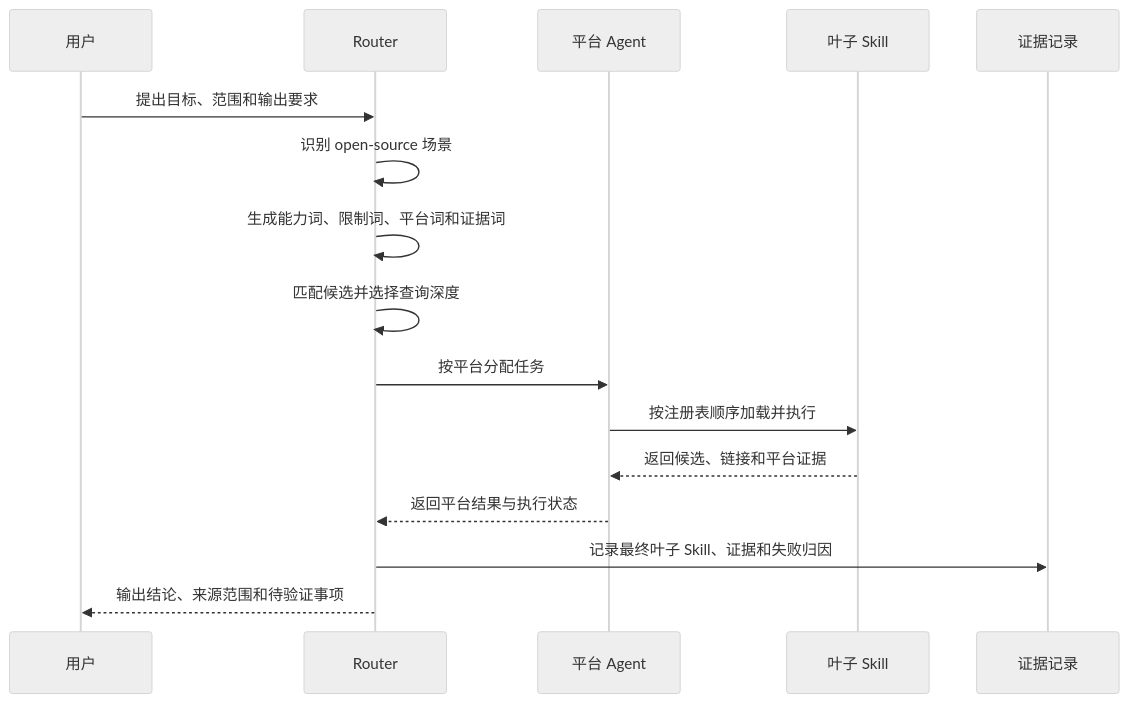
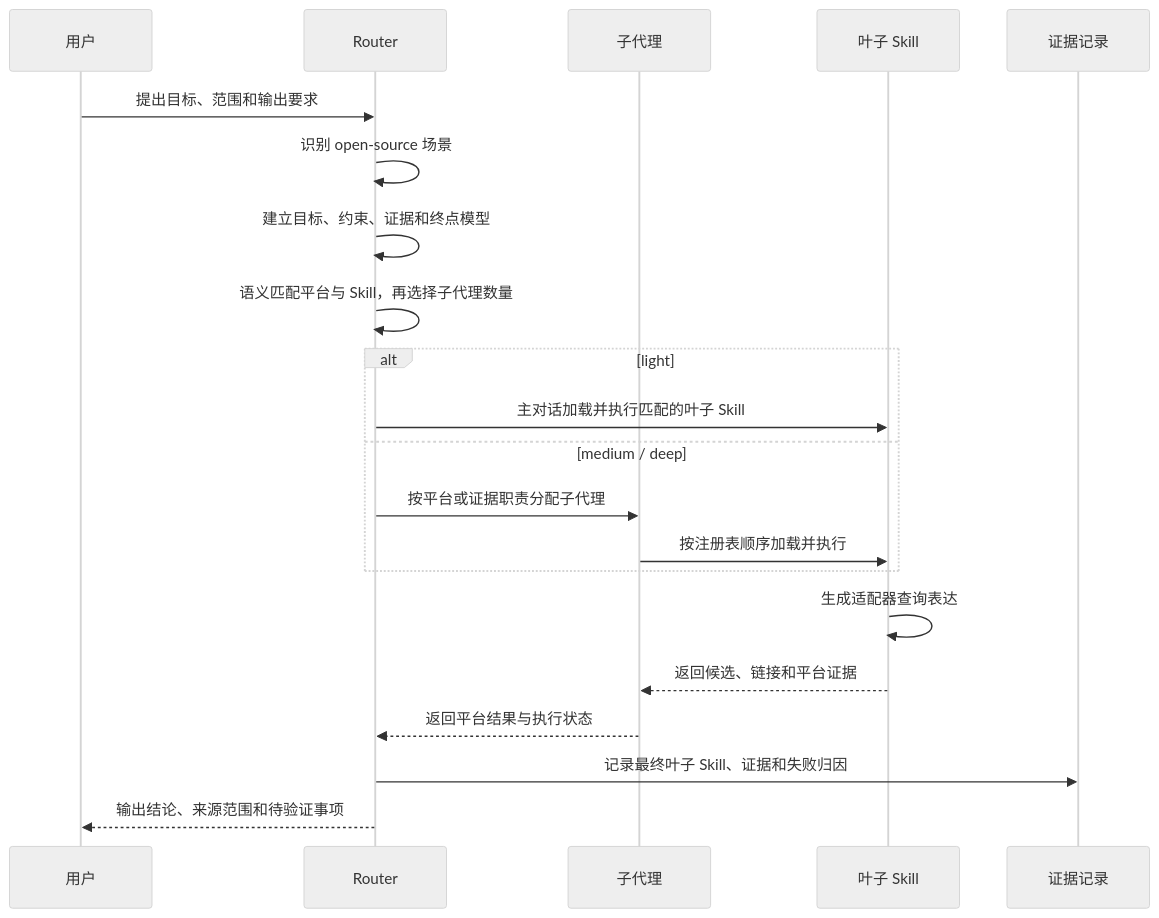
The fifth of 5 diagrams in README.md (sxyq/research-router), drawn with Mermaid (neutral theme) before and after one commit. The commit also changed other lines of this file and 30 other files, not shown here.

````diff
--- a/README.md
+++ b/README.md
@@ -177,18 +198,23 @@
 ```mermaid
 sequenceDiagram
     participant U as 用户
     participant R as Router
-    participant A as 平台 Agent
+    participant A as 子代理
     participant S as 叶子 Skill
     participant E as 证据记录
     U->>R: 提出目标、范围和输出要求
     R->>R: 识别 open-source 场景
-    R->>R: 生成能力词、限制词、平台词和证据词
-    R->>R: 匹配候选并选择查询深度
-    R->>A: 按平台分配任务
-    A->>S: 按注册表顺序加载并执行
+    R->>R: 建立目标、约束、证据和终点模型
+    R->>R: 语义匹配平台与 Skill，再选择子代理数量
+    alt light
+        R->>S: 主对话加载并执行匹配的叶子 Skill
+    else medium / deep
+        R->>A: 按平台或证据职责分配子代理
+        A->>S: 按注册表顺序加载并执行
+    end
+    S->>S: 生成适配器查询表达
     S-->>A: 返回候选、链接和平台证据
     A-->>R: 返回平台结果与执行状态
     R->>E: 记录最终叶子 Skill、证据和失败归因
     R-->>U: 输出结论、来源范围和待验证事项
 ```
````
